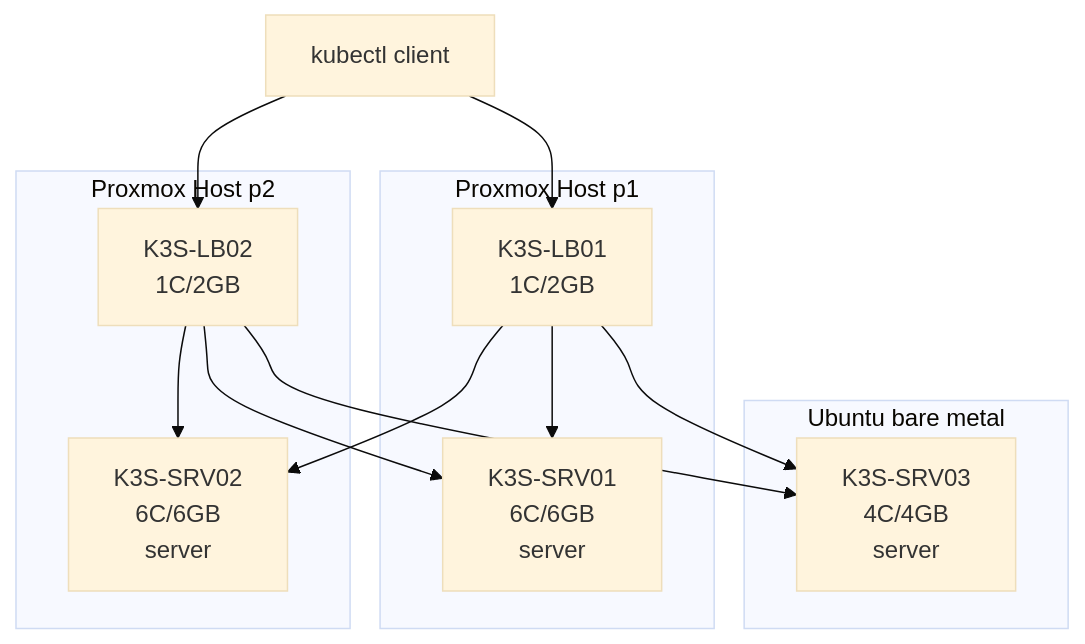
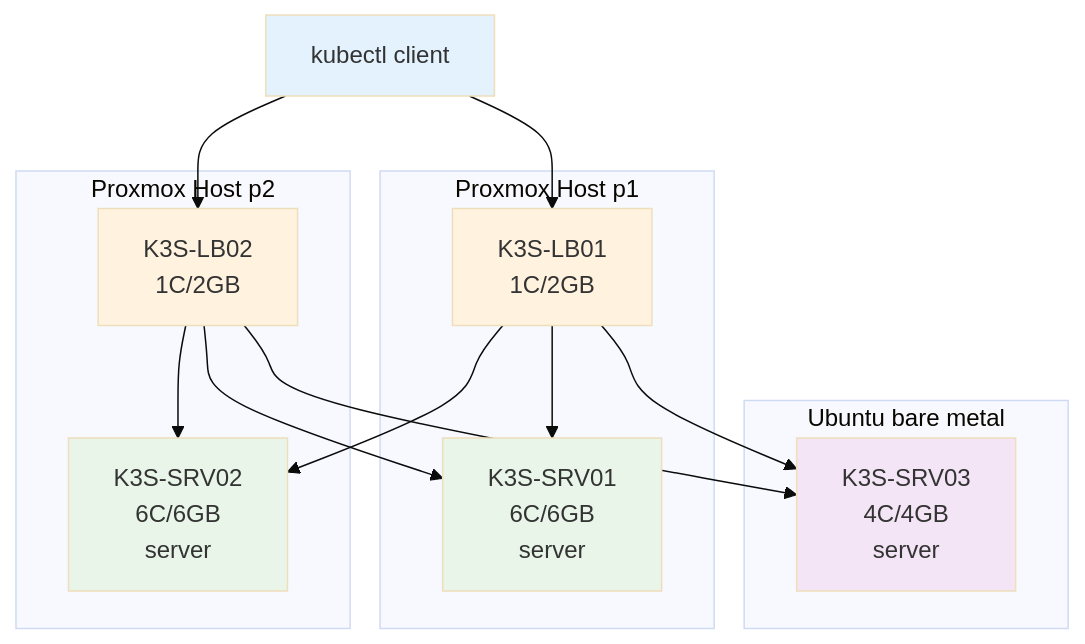
Before and after one commit to Justin-De-Sio/homelab: the first of 2 diagrams in README.md, drawn with Mermaid (base theme).

Commit message:
docs(README): Enhance infrastructure diagram with color styles for client and server nodes

````diff
--- a/README.md
+++ b/README.md
@@ -66,27 +66,34 @@
 ```mermaid
 graph TB
     CLIENT["kubectl client"]
     
     subgraph "Proxmox Host p1"
         LB1["K3S-LB01<br/>1C/2GB"]
         SRV1["K3S-SRV01<br/>6C/6GB<br/>server"]
     end
     
     subgraph "Proxmox Host p2"
         LB2["K3S-LB02<br/>1C/2GB"]
         SRV2["K3S-SRV02<br/>6C/6GB<br/>server"]
     end
 
     subgraph "Ubuntu bare metal"
         SRV3["K3S-SRV03<br/>4C/4GB<br/>server"]
     end
     
     CLIENT --> LB1
     CLIENT --> LB2
     LB1 --> SRV1
     LB1 --> SRV2
     LB1 --> SRV3
     LB2 --> SRV1
     LB2 --> SRV2
     LB2 --> SRV3
+
+    style CLIENT fill:#e3f2fd
+    style LB1 fill:#fff3e0
+    style LB2 fill:#fff3e0
+    style SRV1 fill:#e8f5e8
+    style SRV2 fill:#e8f5e8
+    style SRV3 fill:#f3e5f5
 ```
````
